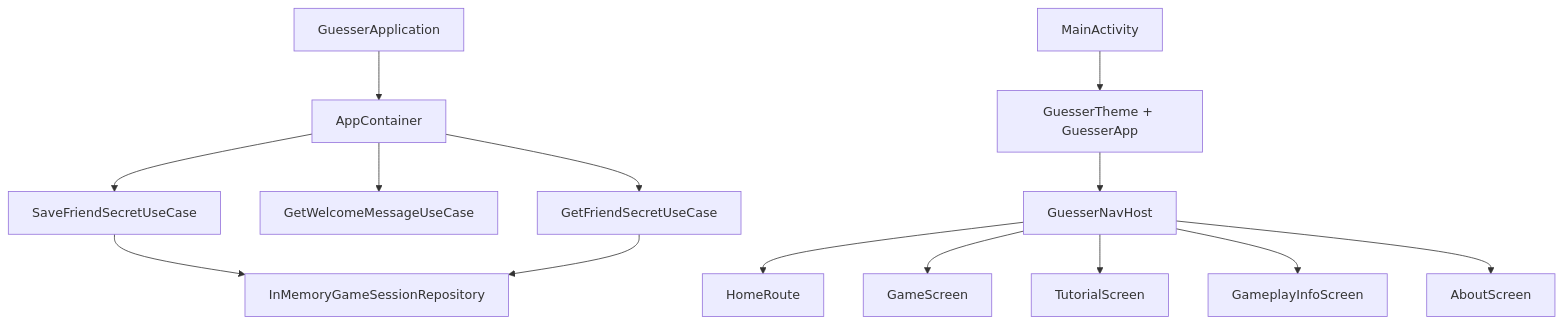
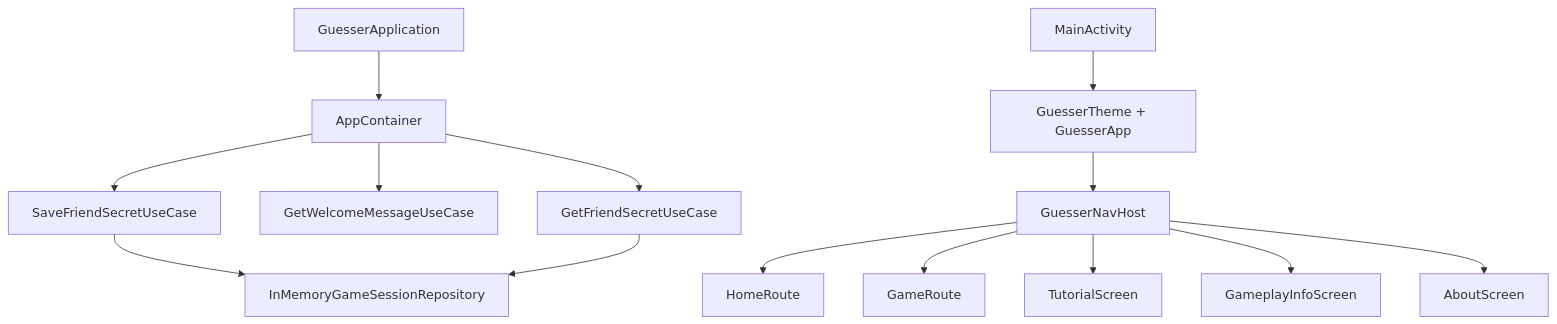
One commit to theKeval/Guesser changed the second of 3 diagrams in docs/architecture.md. Above: the diagram before and after it, drawn with Mermaid. The commit also changed other lines of this file and 17 other files, not shown here.

First line of the commit message:
Redesign game screen with playable guessing loop

````diff
--- a/docs/architecture.md
+++ b/docs/architecture.md
@@ -42,16 +42,16 @@
 ```mermaid
 flowchart TD
     APP[GuesserApplication] --> CONTAINER[AppContainer]
     ACT[MainActivity] --> COMPOSE[GuesserTheme + GuesserApp]
     COMPOSE --> NAV[GuesserNavHost]
     NAV --> HOME[HomeRoute]
-    NAV --> GAME[GameScreen]
+    NAV --> GAME[GameRoute]
     NAV --> TUTORIAL[TutorialScreen]
     NAV --> INFO[GameplayInfoScreen]
     NAV --> ABOUT[AboutScreen]
     CONTAINER --> AI[GetWelcomeMessageUseCase]
     CONTAINER --> SAVE[SaveFriendSecretUseCase]
     CONTAINER --> GET[GetFriendSecretUseCase]
     SAVE --> SESSION[InMemoryGameSessionRepository]
     GET --> SESSION
 ```
````
